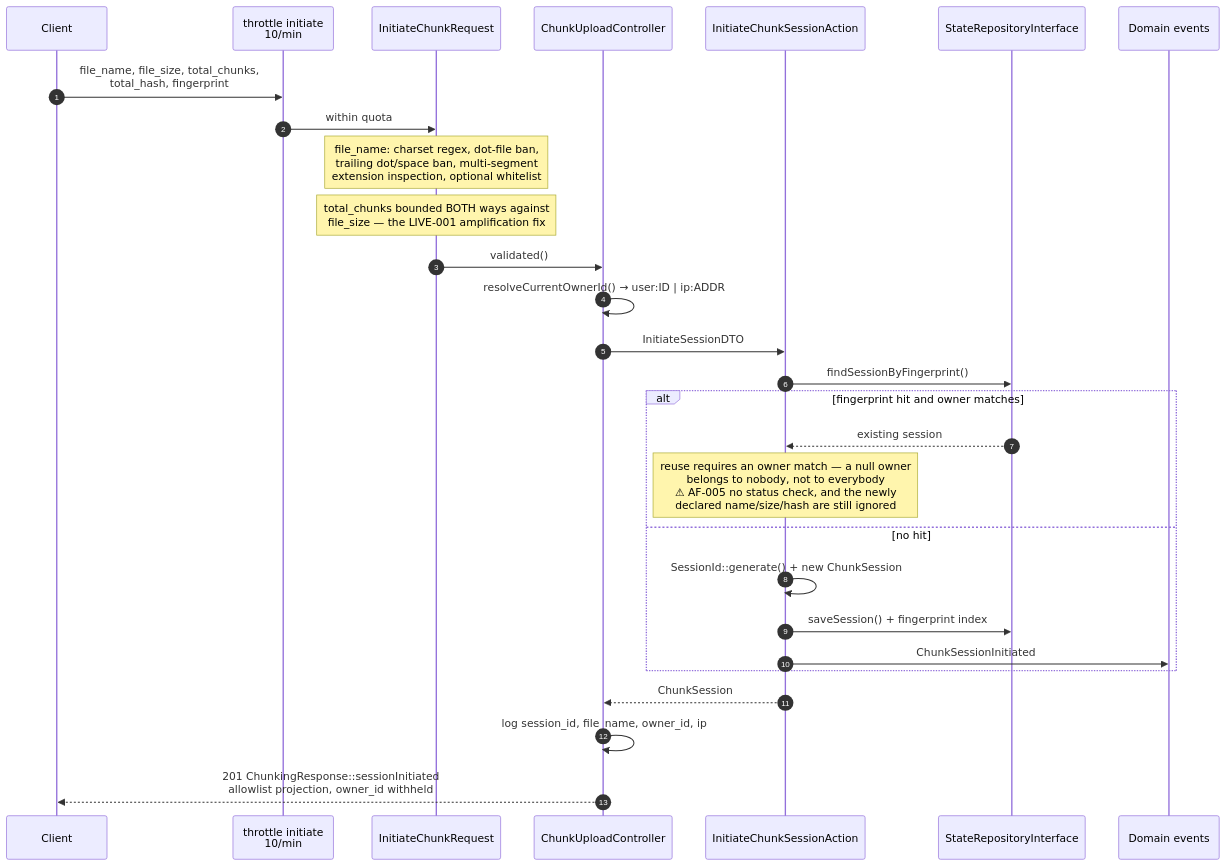
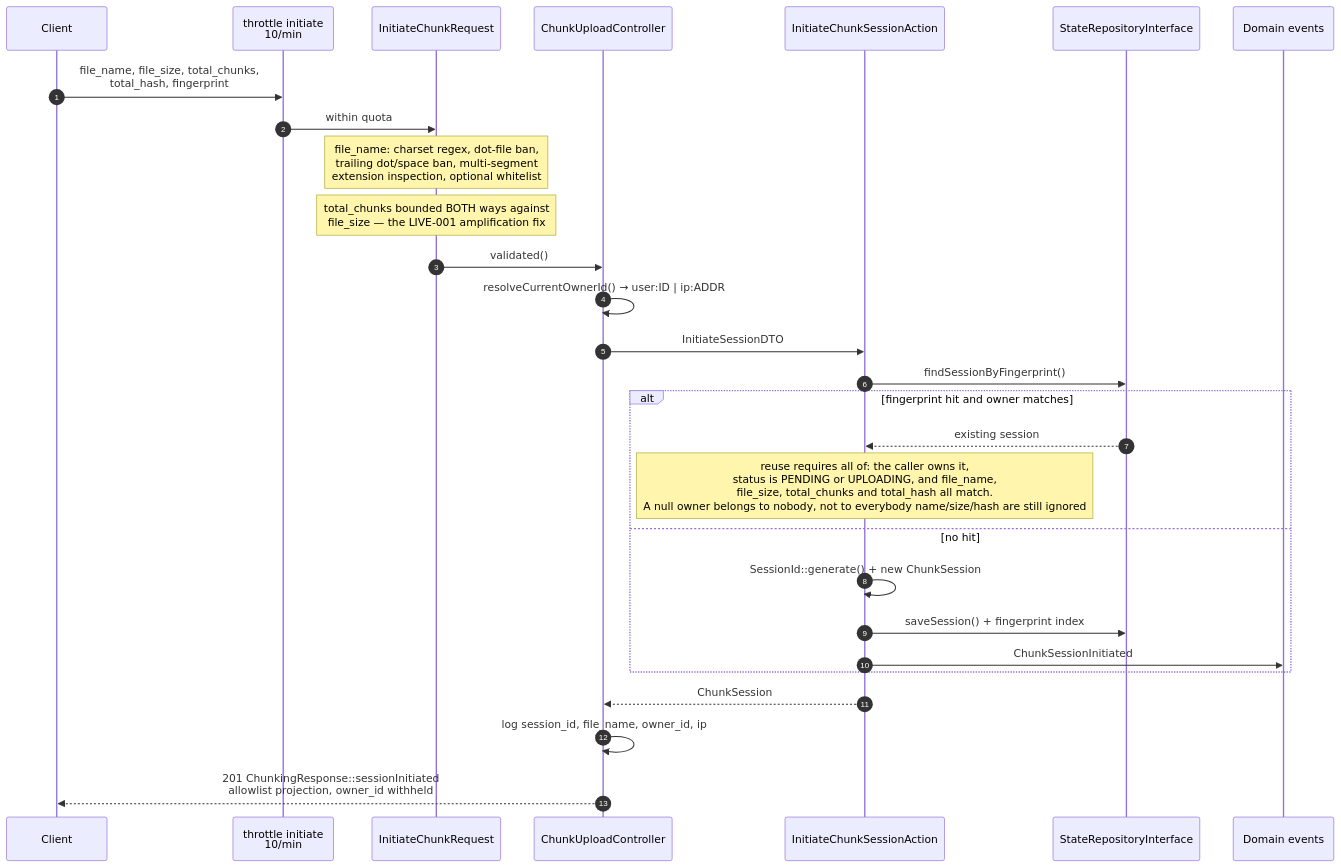
One commit to JuanGuerreroDev/stateful-chunking-package changed the first of 6 diagrams in docs/architecture/request-lifecycle.md. Above: the diagram before and after it, drawn with Mermaid. The commit also changed other lines of this file and 9 other files, not shown here.

````diff
--- a/docs/architecture/request-lifecycle.md
+++ b/docs/architecture/request-lifecycle.md
@@ -43,31 +44,31 @@
 ```mermaid
 sequenceDiagram
     autonumber
     participant CL as Client
     participant RL as throttle initiate<br/>10/min
     participant FR as InitiateChunkRequest
     participant CT as ChunkUploadController
     participant AC as InitiateChunkSessionAction
     participant RP as StateRepositoryInterface
     participant EV as Domain events
 
     CL->>RL: file_name, file_size, total_chunks,<br/>total_hash, fingerprint
     RL->>FR: within quota
     Note over FR: file_name: charset regex, dot-file ban,<br/>trailing dot/space ban, multi-segment<br/>extension inspection, optional whitelist
     Note over FR: total_chunks bounded BOTH ways against<br/>file_size — the LIVE-001 amplification fix
     FR->>CT: validated()
     CT->>CT: resolveCurrentOwnerId() → user:ID | ip:ADDR
     CT->>AC: InitiateSessionDTO
     AC->>RP: findSessionByFingerprint()
     alt fingerprint hit and owner matches
         RP-->>AC: existing session
-        Note over AC: reuse requires an owner match — a null owner<br/>belongs to nobody, not to everybody<br/>⚠ AF-005 no status check, and the newly<br/>declared name/size/hash are still ignored
+        Note over AC: reuse requires all of: the caller owns it,<br/>status is PENDING or UPLOADING, and file_name,<br/>file_size, total_chunks and total_hash all match.<br/>A null owner belongs to nobody, not to everybody name/size/hash are still ignored
     else no hit
         AC->>AC: SessionId::generate() + new ChunkSession
         AC->>RP: saveSession() + fingerprint index
         AC->>EV: ChunkSessionInitiated
     end
     AC-->>CT: ChunkSession
     CT->>CT: log session_id, file_name, owner_id, ip
     CT-->>CL: 201 ChunkingResponse::sessionInitiated<br/>allowlist projection, owner_id withheld
 ```
````
